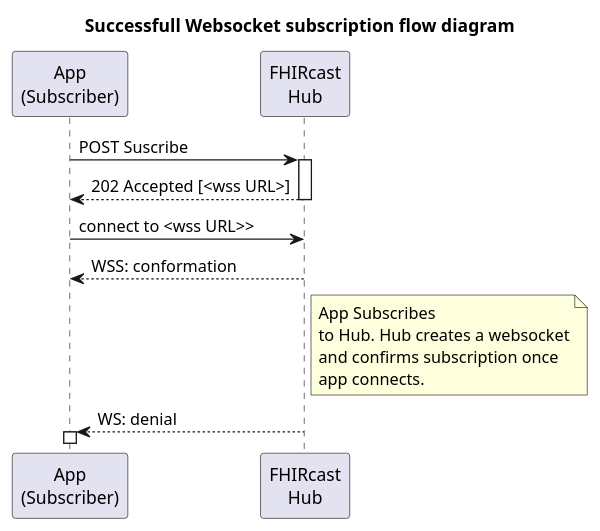
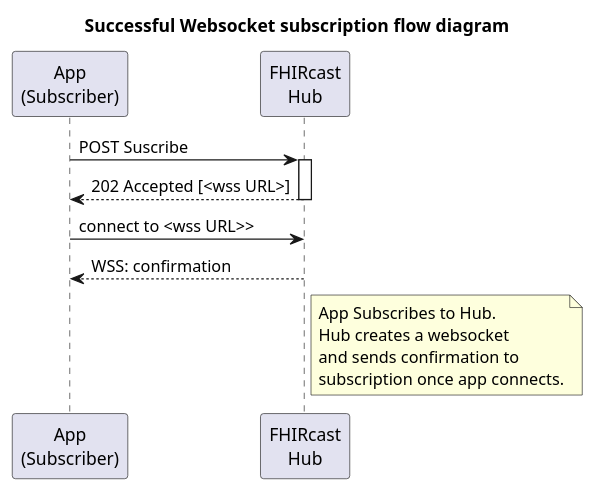
The diagram in input/images-source/SuccessfulWebSocketSubscriptionSequence.plantuml (HL7/fhircast-docs), drawn with PlantUML before and after one commit. The commit also changed 3 other files, not shown here.

Commit message:
Update sequence diagrams for consistency and clarity of event sequence

```diff
--- a/input/images-source/SuccessfulWebSocketSubscriptionSequence.plantuml
+++ b/input/images-source/SuccessfulWebSocketSubscriptionSequence.plantuml
@@ -1,22 +1,20 @@
 @startuml
 
-title Successfull Websocket subscription flow diagram
+title Successful Websocket subscription flow diagram
 
 participant "App\n(Subscriber)" as Subscriber
 participant "FHIRcast\nHub" as Hub
 
 Subscriber -> Hub++: POST Suscribe
 Subscriber <-- Hub--: 202 Accepted [<wss URL>]
 Subscriber -> Hub: connect to <wss URL>>
-Subscriber <-- Hub: WSS: conformation
+Subscriber <-- Hub: WSS: confirmation
 
 note right of Hub
-    App Subscribes
-    to Hub. Hub creates a websocket
-    and confirms subscription once 
-    app connects.
+    App Subscribes to Hub. 
+    Hub creates a websocket
+    and sends confirmation to 
+    subscription once app connects.
 end note
 
-Hub --> Subscriber++: WS: denial
-
 @enduml
```
